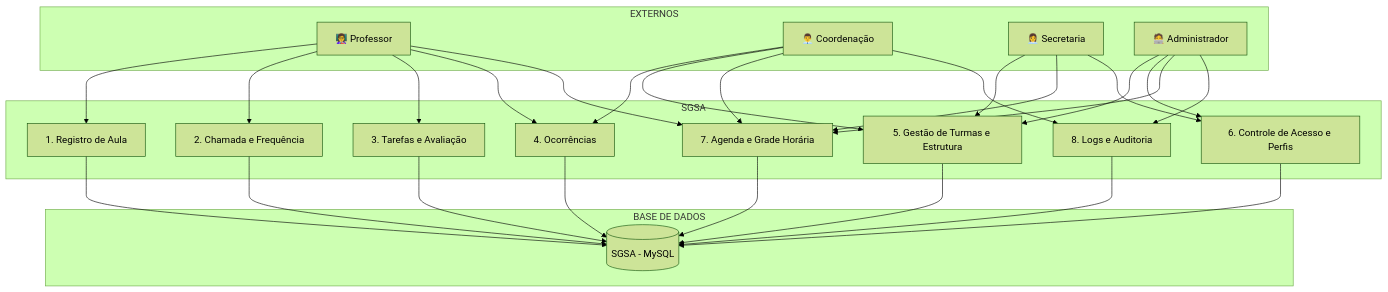
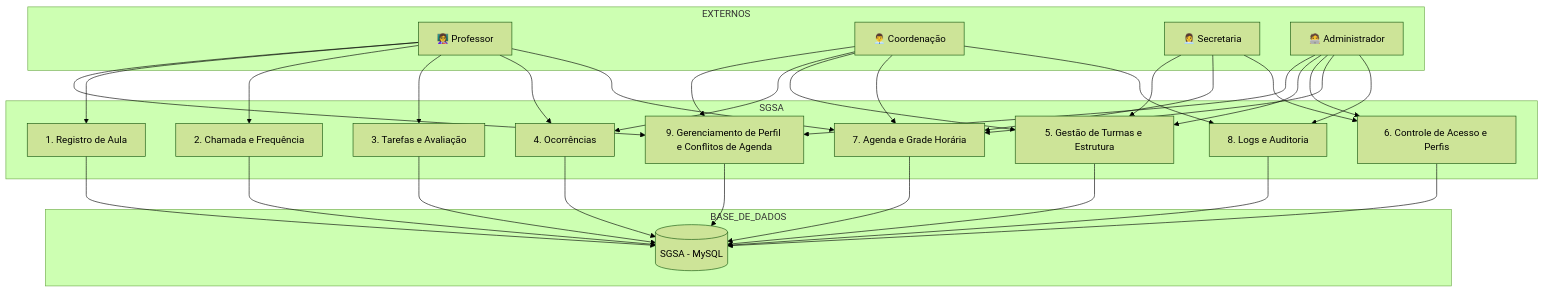
One commit to prof-andrericardo/sgsa changed the first of 2 diagrams in documentation/05-SGSA - DFD Funcional + ERD.md. Above: the diagram before and after it, drawn with Mermaid (forest theme). The commit also changed other lines of this file and 21 other files, not shown here.

````diff
--- a/documentation/05-SGSA - DFD Funcional + ERD.md
+++ b/documentation/05-SGSA - DFD Funcional + ERD.md
@@ -24,56 +24,64 @@
 ```mermaid
 flowchart TD
 
 subgraph EXTERNOS
   Professor["👩‍🏫 Professor"]
   Coordenador["👨‍💼 Coordenação"]
   Secretaria["👩‍💼 Secretaria"]
   Administrador["🧑‍💻 Administrador"]
 end
 
 subgraph SGSA
   A1["1. Registro de Aula"]
   A2["2. Chamada e Frequência"]
   A3["3. Tarefas e Avaliação"]
   A4["4. Ocorrências"]
   A5["5. Gestão de Turmas e Estrutura"]
   A6["6. Controle de Acesso e Perfis"]
   A7["7. Agenda e Grade Horária"]
   A8["8. Logs e Auditoria"]
+  A9["9. Gerenciamento de Perfil e Conflitos de Agenda"]
 end
 
-subgraph BASE DE DADOS
+subgraph BASE_DE_DADOS
   BD[(SGSA - MySQL)]
 end
+
+%% Conexões com A9
+Administrador --> A9
+Professor --> A9
+Coordenador --> A9
+A9 --> BD
 
 %% Conexões com usuários
 Professor --> A1
 Professor --> A2
 Professor --> A3
 Professor --> A4
 Professor --> A7
 
 Coordenador --> A4
 Coordenador --> A5
 Coordenador --> A7
 Coordenador --> A8
 
 Secretaria --> A5
 Secretaria --> A7
 Secretaria --> A6
 
 Administrador --> A5
 Administrador --> A6
 Administrador --> A7
 Administrador --> A8
 
 %% Processos com banco de dados
 A1 --> BD
 A2 --> BD
 A3 --> BD
 A4 --> BD
 A5 --> BD
 A6 --> BD
 A7 --> BD
 A8 --> BD
+
 ```
````
